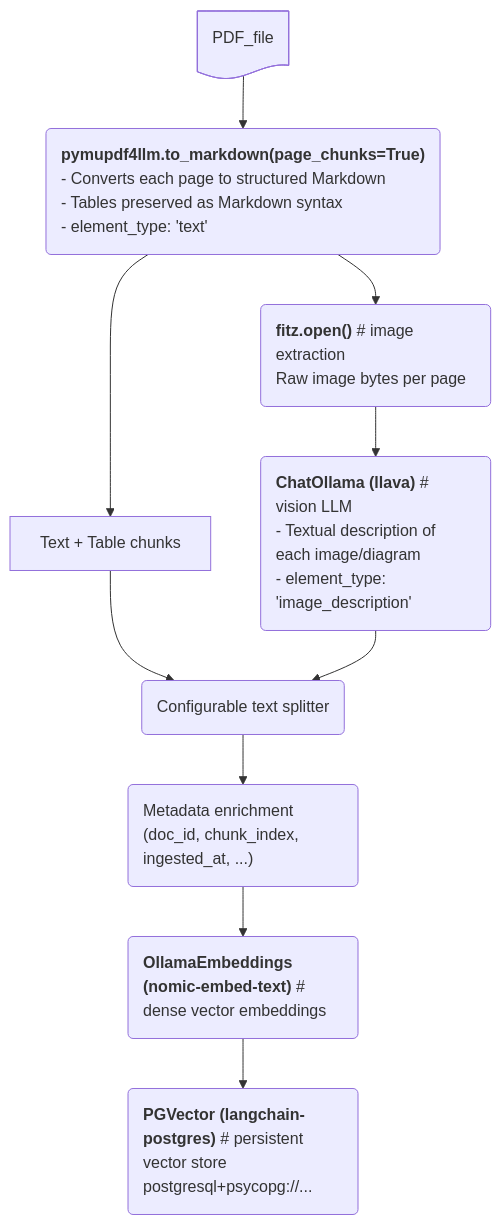
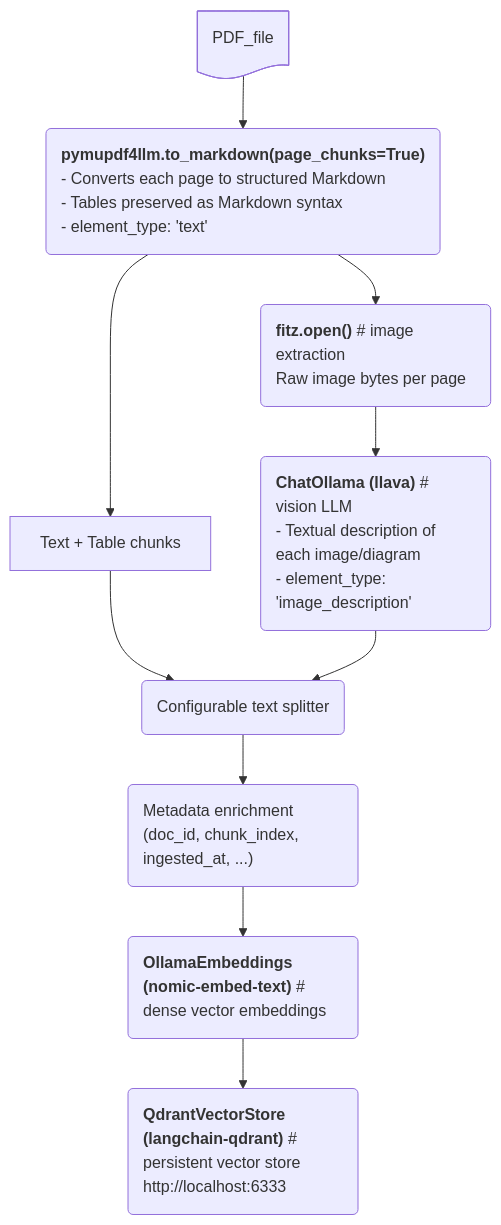
One commit to VCityTeam/PEPR-VDBI changed the second of 2 diagrams in data-integration/langchain-tests.md. Above: the diagram before and after it, drawn with Mermaid. The commit also changed other lines of this file and 5 other files, not shown here.

Commit message:
replace pgvector with qdrant

````diff
--- a/data-integration/langchain-tests.md
+++ b/data-integration/langchain-tests.md
@@ -58,22 +127,22 @@
 ```mermaid
 flowchart TD
 
   PDF_file@{ shape: document } --> pymup("`**pymupdf4llm.to_markdown(page_chunks=True)**
     - Converts each page to structured Markdown
     - Tables preserved as Markdown syntax
     - element_type: 'text'`")
   pymup --> tt[Text + Table chunks]
   pymup --> fitz("`**fitz.open()** # image extraction
     Raw image bytes per page`")
   fitz --> llava("`**ChatOllama (llava)** # vision LLM
     - Textual description of each image/diagram
     - element_type: 'image_description'`")
   tt --> split("Configurable text splitter")
   llava --> split
   split --> enrich("`Metadata enrichment (doc_id, chunk_index, ingested_at, ...)`")
   enrich --> embed("`**OllamaEmbeddings (nomic-embed-text)** # dense vector embeddings`")
-  embed --> pgvector("`**PGVector (langchain-postgres)** # persistent vector store
-    postgresql+psycopg://...`")
+  embed --> qdrant("`**QdrantVectorStore (langchain-qdrant)** # persistent vector store
+    http://localhost:6333`")
 
   classDef default text-align:left;
 ```
````
